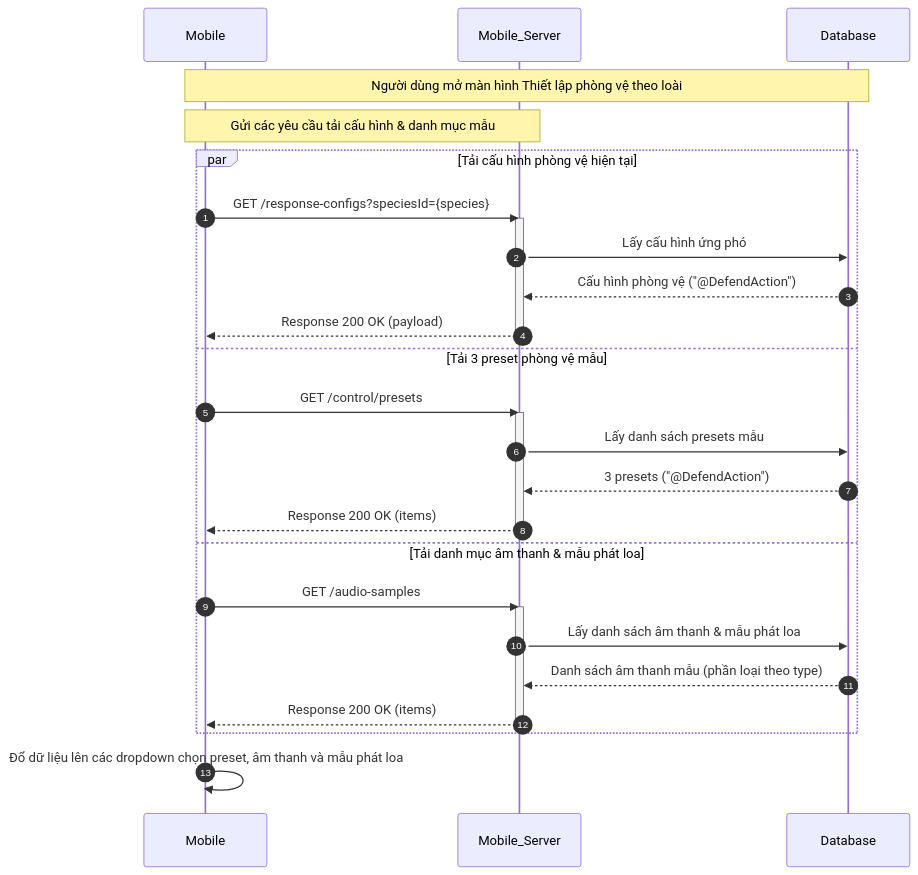
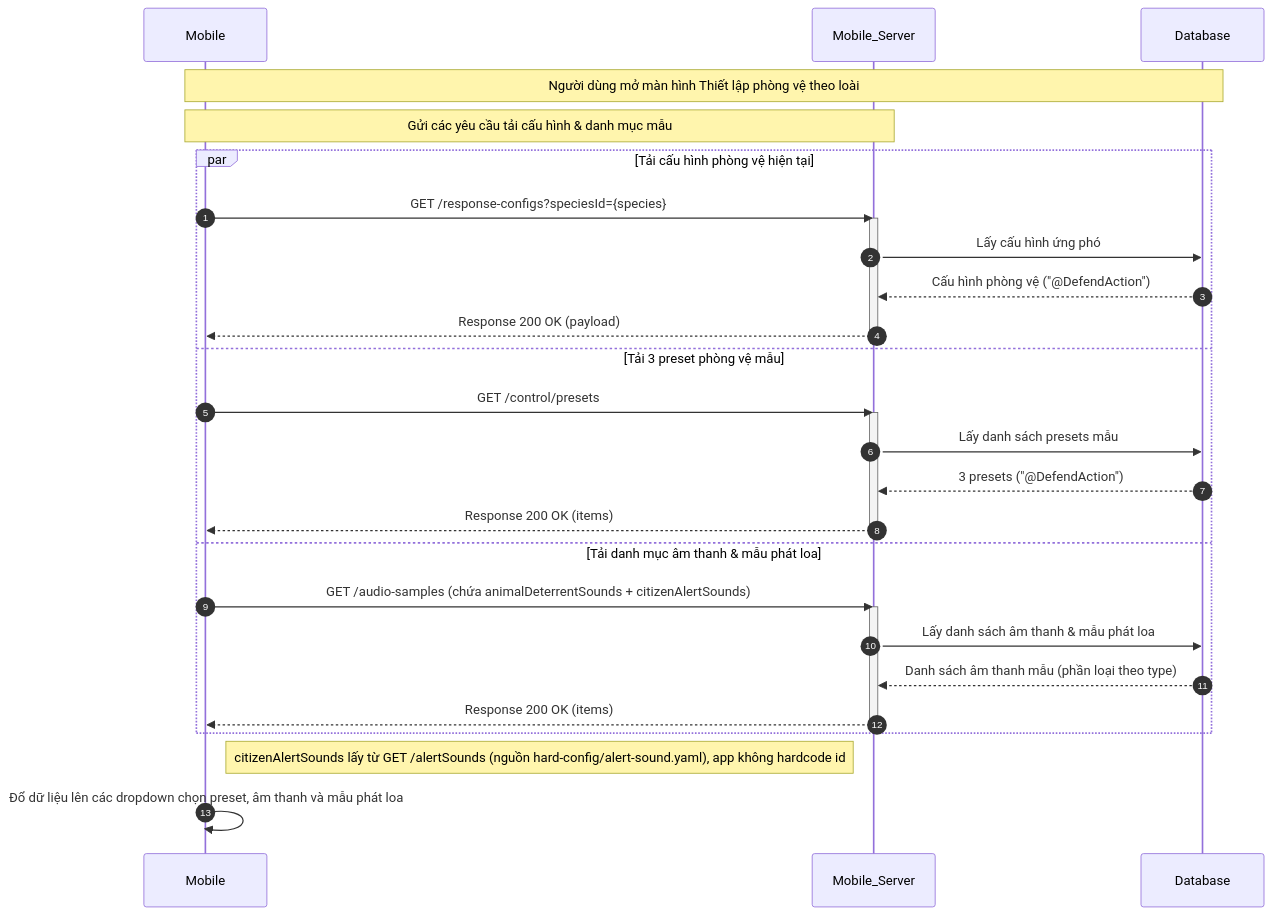
Diagram 15 of 20 in docs/04-sequence-diagram.md (trungnguyenthien/Wildlife-Warning-and-Deterrence-System), drawn with Mermaid before and after one commit. The commit also changed other lines of this file and 18 other files, not shown here.

Commit message:
refactor: remove hardcoded alert sounds in favor of dynamic API fetching and update preset configurations

````diff
--- a/docs/04-sequence-diagram.md
+++ b/docs/04-sequence-diagram.md
@@ -474,33 +520,34 @@
 ```mermaid
 sequenceDiagram
     autonumber
     participant Mobile as Mobile
     participant Mobile_Server as Mobile_Server
     participant Database as Database
 
     Note over Mobile, Database: Người dùng mở màn hình Thiết lập phòng vệ theo loài
     Note over Mobile, Mobile_Server: Gửi các yêu cầu tải cấu hình & danh mục mẫu
     par Tải cấu hình phòng vệ hiện tại
         Mobile->>Mobile_Server: GET /response-configs?speciesId={species}
         activate Mobile_Server
         Mobile_Server->>Database: Lấy cấu hình ứng phó
         Database-->>Mobile_Server: Cấu hình phòng vệ ("@DefendAction")
         Mobile_Server-->>Mobile: Response 200 OK (payload)
         deactivate Mobile_Server
     and Tải 3 preset phòng vệ mẫu
         Mobile->>Mobile_Server: GET /control/presets
         activate Mobile_Server
         Mobile_Server->>Database: Lấy danh sách presets mẫu
         Database-->>Mobile_Server: 3 presets ("@DefendAction")
         Mobile_Server-->>Mobile: Response 200 OK (items)
         deactivate Mobile_Server
     and Tải danh mục âm thanh & mẫu phát loa
-        Mobile->>Mobile_Server: GET /audio-samples
+        Mobile->>Mobile_Server: GET /audio-samples (chứa animalDeterrentSounds + citizenAlertSounds)
         activate Mobile_Server
         Mobile_Server->>Database: Lấy danh sách âm thanh & mẫu phát loa
         Database-->>Mobile_Server: Danh sách âm thanh mẫu (phần loại theo type)
         Mobile_Server-->>Mobile: Response 200 OK (items)
         deactivate Mobile_Server
     end
+    Note right of Mobile: citizenAlertSounds lấy từ GET /alertSounds (nguồn hard-config/alert-sound.yaml), app không hardcode id
     Mobile->>Mobile: Đổ dữ liệu lên các dropdown chọn preset, âm thanh và mẫu phát loa
 ```
````
